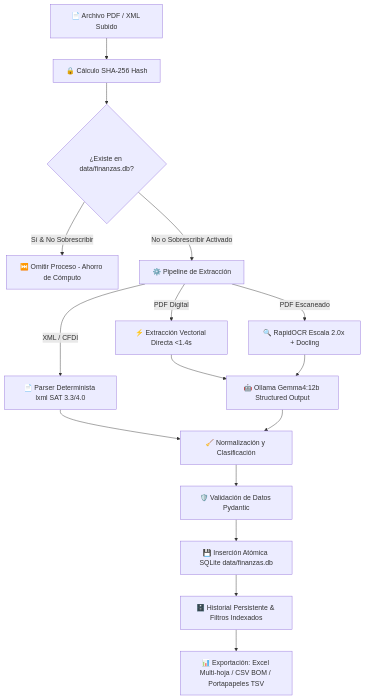
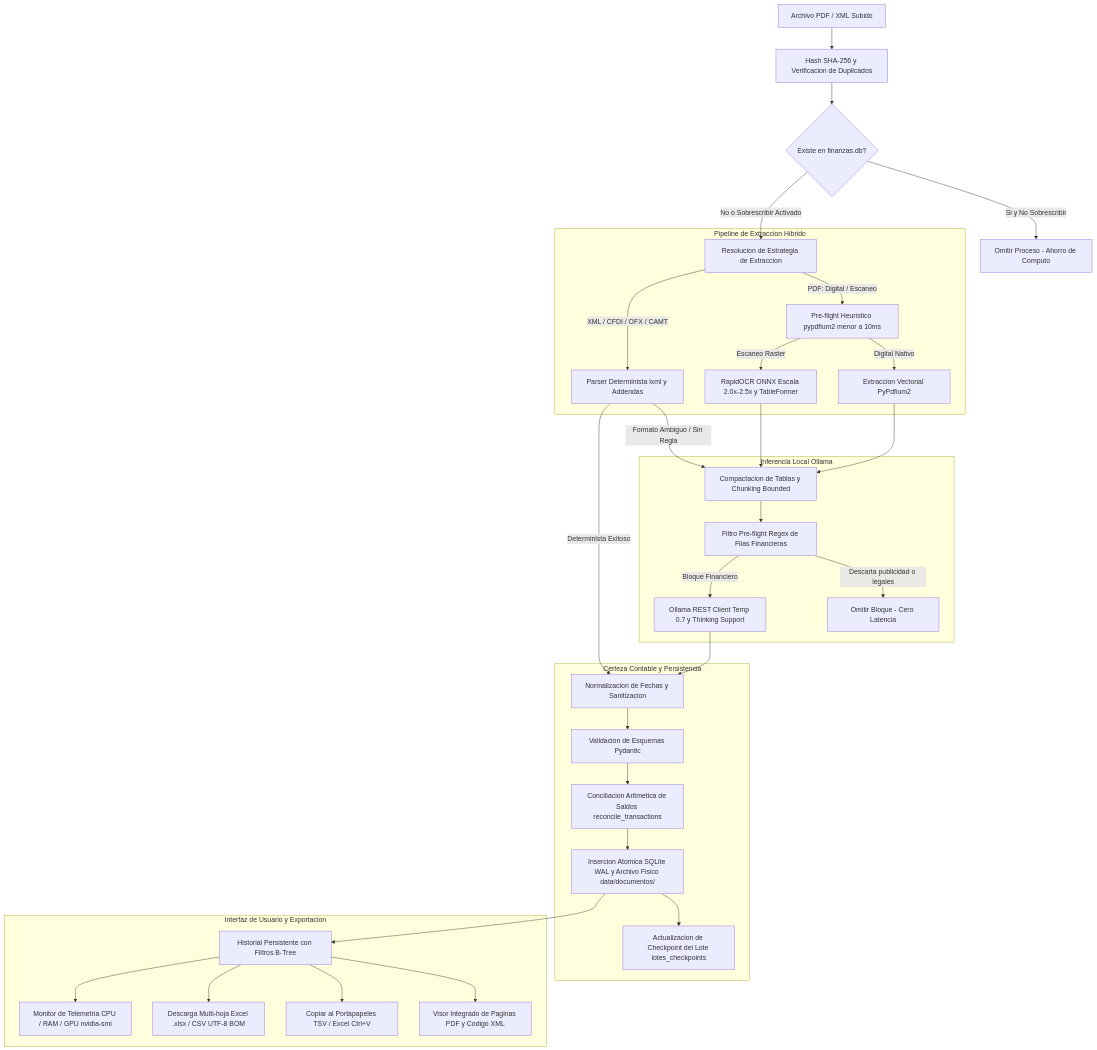
Before and after one commit to eduardoben/FinanceOCR: the diagram in README.md, drawn with Mermaid. The commit also changed other lines of this file and 2 other files, not shown here.

Commit message:
docs: add system architecture specification, TLDR guide, and update README for 50-test suite

````diff
--- a/README.md
+++ b/README.md
@@ -11,23 +11,43 @@
 ```mermaid
 flowchart TD
-    A[📄 Archivo PDF / XML Subido] --> B[🔒 Cálculo SHA-256 Hash]
-    B --> C{¿Existe en data/finanzas.db?}
+    A[Archivo PDF / XML Subido] --> B[Hash SHA-256 y Verificacion de Duplicados]
+    B --> C{Existe en finanzas.db?}
     
-    C -- "Sí & No Sobrescribir" --> D[⏭️ Omitir Proceso - Ahorro de Cómputo]
-    C -- "No o Sobrescribir Activado" --> E[⚙️ Pipeline de Extracción]
+    C -- "Si y No Sobrescribir" --> D[Omitir Proceso - Ahorro de Computo]
+    C -- "No o Sobrescribir Activado" --> E[Resolucion de Estrategia de Extraccion]
     
-    E -->|PDF Digital| F[⚡ Extracción Vectorial Directa <1.4s]
-    E -->|PDF Escaneado| G[🔍 RapidOCR Escala 2.0x + Docling]
-    E -->|XML / CFDI| H[📄 Parser Determinista lxml SAT 3.3/4.0]
-    
-    F --> I[🤖 Ollama Gemma4:12b Structured Output]
-    G --> I
-    H --> J[🧹 Normalización y Clasificación]
-    I --> J
-    
-    J --> K[🛡️ Validación de Datos Pydantic]
-    K --> L[💾 Inserción Atómica SQLite data/finanzas.db]
-    
-    L --> M[🗄️ Historial Persistente & Filtros Indexados]
-    M --> N[📊 Exportación: Excel Multi-hoja / CSV BOM / Portapapeles TSV]
+    subgraph "Pipeline de Extraccion Hibrido"
+        E -->|PDF: Digital / Escaneo| F[Pre-flight Heuristico pypdfium2 menor a 10ms]
+        F -->|Digital Nativo| G[Extraccion Vectorial PyPdfium2]
+        F -->|Escaneo Raster| H[RapidOCR ONNX Escala 2.0x-2.5x y TableFormer]
+        
+        E -->|XML / CFDI / OFX / CAMT| I[Parser Determinista lxml y Addendas]
+    end
+
+    subgraph "Inferencia Local Ollama"
+        G --> J[Compactacion de Tablas y Chunking Bounded]
+        H --> J
+        I -->|Formato Ambiguo / Sin Regla| J
+        J --> K[Filtro Pre-flight Regex de Filas Financieras]
+        K -->|Descarta publicidad o legales| L[Omitir Bloque - Cero Latencia]
+        K -->|Bloque Financiero| M[Ollama REST Client Temp 0.7 y Thinking Support]
+    end
+
+    I -->|Determinista Exitoso| N[Normalizacion de Fechas y Sanitizacion]
+    M --> N
+
+    subgraph "Certeza Contable y Persistencia"
+        N --> O[Validacion de Esquemas Pydantic]
+        O --> P[Conciliacion Aritmetica de Saldos reconcile_transactions]
+        P --> Q[Insercion Atomica SQLite WAL y Archivo Fisico data/documentos/]
+        Q --> R[Actualizacion de Checkpoint del Lote lotes_checkpoints]
+    end
+
+    subgraph "Interfaz de Usuario y Exportacion"
+        Q --> S[Historial Persistente con Filtros B-Tree]
+        S --> T[Visor Integrado de Paginas PDF y Codigo XML]
+        S --> U[Copiar al Portapapeles TSV / Excel Ctrl+V]
+        S --> V[Descarga Multi-hoja Excel .xlsx / CSV UTF-8 BOM]
+        S --> W[Monitor de Telemetria CPU / RAM / GPU nvidia-smi]
+    end
 ```
````
